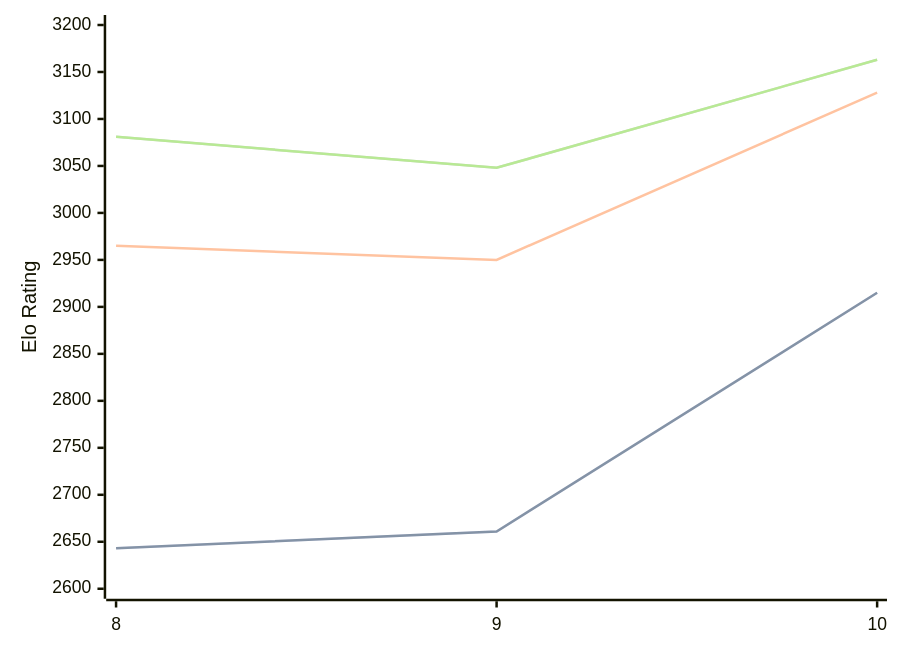
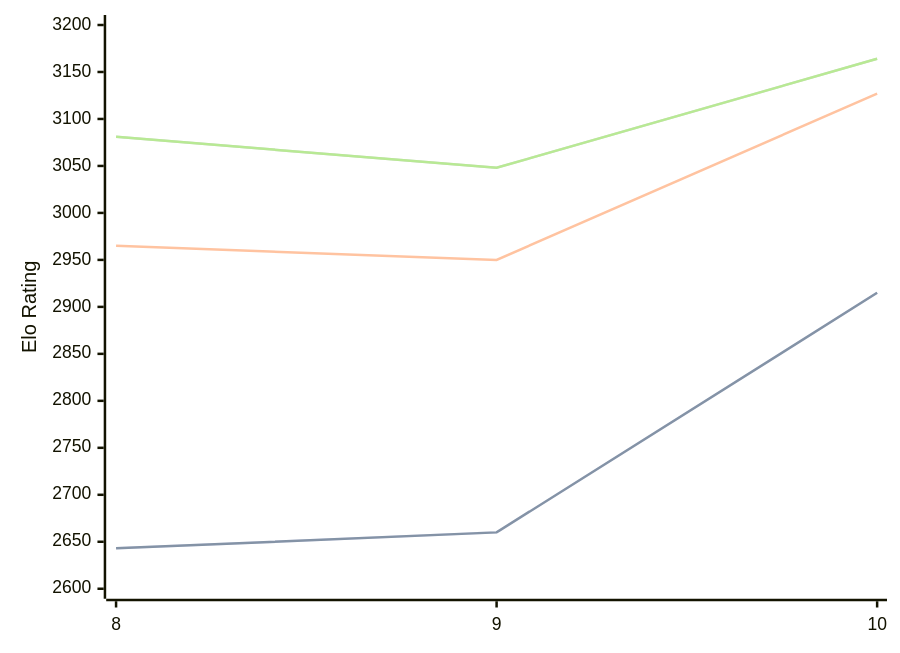
The diagram in engines/Lozza.md (computer-chess-index/cci), drawn with Mermaid before and after one commit. The commit also changed other lines of this file, not shown here.

Commit message:
Update CCI Ratings (ELO VLTC) - 2026-05-07

````diff
--- a/engines/Lozza.md
+++ b/engines/Lozza.md
@@ -41,11 +41,11 @@
 ```mermaid
 %%{init: {"theme":"base","themeVariables":{"seriesColors:['#a3a3a3','#222221','#faa371']}}}%%
 xychart-beta
   x-axis ["8", "9", "10"]
   y-axis "Elo Rating" 2600 --> 3200
-  line "STC (8.0+0.08s)" [2643, 2661, 2915]
-  line "STC (8.0+0.08s)" [2643, 2661, 2915]
-  line "LTC (60.0+0.60s)" [2965, 2950, 3128]
-  line "VLTC (2m24s+1.12s)" [3081, 3048, 3163]
-  line "VLTC (2m24s+1.12s)" [3081, 3048, 3163]
+  line "STC (8.0+0.08s)" [2643, 2660, 2915]
+  line "STC (8.0+0.08s)" [2643, 2660, 2915]
+  line "LTC (60.0+0.60s)" [2965, 2950, 3127]
+  line "VLTC (2m24s+1.12s)" [3081, 3048, 3164]
+  line "VLTC (2m24s+1.12s)" [3081, 3048, 3164]
 ```
````
